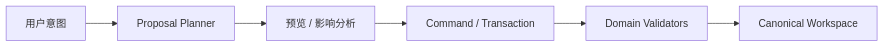
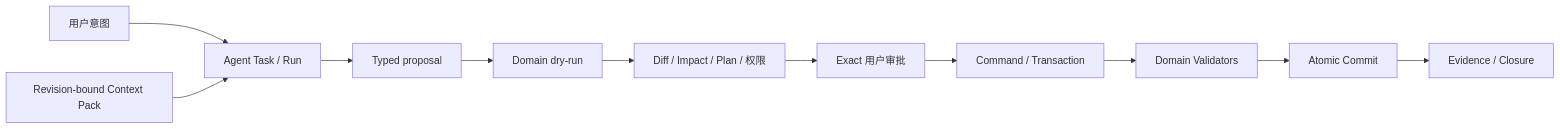
The diagram in apps/docs/guide/ai-assistant.md (prodivix/prodivix), drawn with Mermaid before and after one commit. The commit also changed other lines of this file and 137 other files, not shown here.

````diff
--- a/apps/docs/guide/ai-assistant.md
+++ b/apps/docs/guide/ai-assistant.md
@@ -21,8 +24,13 @@
 ```mermaid
 flowchart LR
-  Prompt["用户意图"] --> Planner["Proposal Planner"]
-  Planner --> Review["预览 / 影响分析"]
-  Review --> Command["Command / Transaction"]
+  Prompt["用户意图"] --> Task["Agent Task / Run"]
+  Context["Revision-bound Context Pack"] --> Task
+  Task --> Proposal["Typed proposal"]
+  Proposal --> Planner["Domain dry-run"]
+  Planner --> Review["Diff / Impact / Plan / 权限"]
+  Review --> Approval["Exact 用户审批"]
+  Approval --> Command["Command / Transaction"]
   Command --> Validate["Domain Validators"]
-  Validate --> Workspace["Canonical Workspace"]
+  Validate --> Workspace["Atomic Commit"]
+  Workspace --> Verification["Evidence / Closure"]
 ```
````
